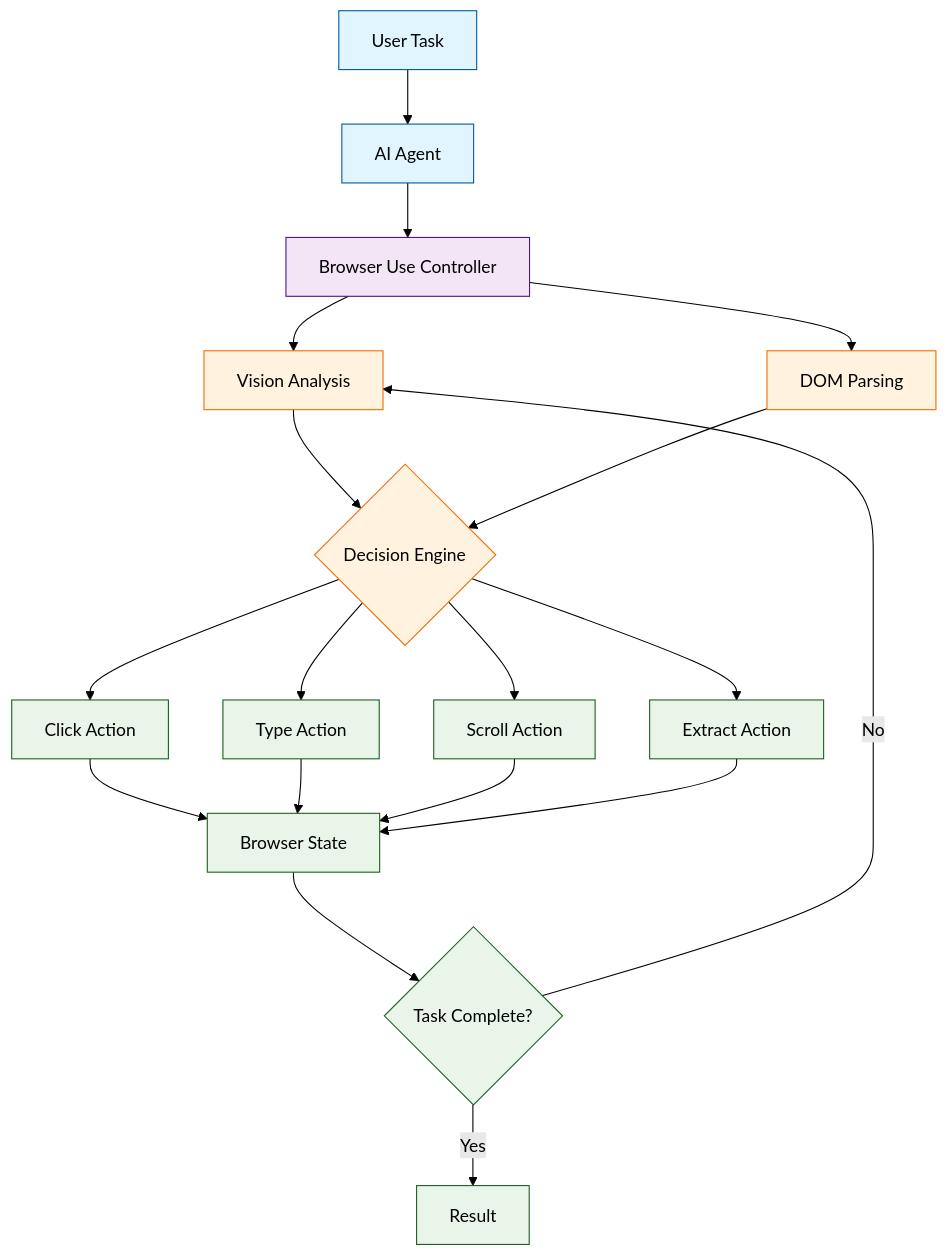
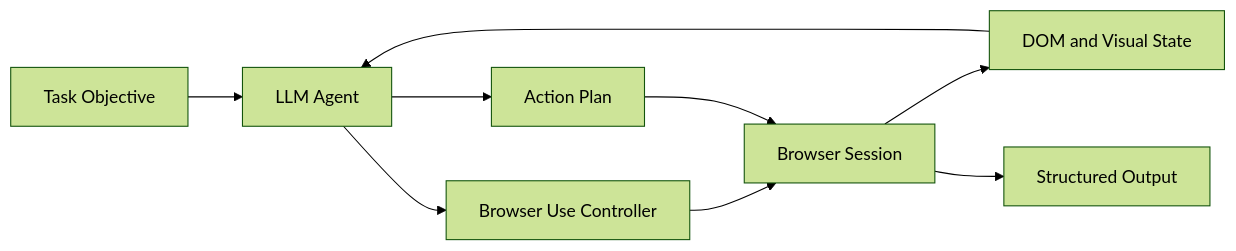
The diagram in tutorials/browser-use-tutorial/index.md (johnxie/awesome-code-docs), drawn with Mermaid (forest theme) before and after one commit. The commit also changed other lines of this file and 6 other files, not shown here.

````diff
--- a/tutorials/browser-use-tutorial/index.md
+++ b/tutorials/browser-use-tutorial/index.md
@@ -37,35 +38,11 @@
 ```mermaid
-flowchart TD
-    A[User Task] --> B[AI Agent]
+flowchart LR
+    A[Task Objective] --> B[LLM Agent]
     B --> C[Browser Use Controller]
-    
-    C --> D[Vision Analysis]
-    C --> E[DOM Parsing]
-    
-    D --> F{Decision Engine}
-    E --> F
-    
-    F --> G[Click Action]
-    F --> H[Type Action]
-    F --> I[Scroll Action]
-    F --> J[Extract Action]
-    
-    G --> K[Browser State]
-    H --> K
-    I --> K
-    J --> K
-    
-    K --> L{Task Complete?}
-    L -->|No| D
-    L -->|Yes| M[Result]
-    
-    classDef agent fill:#e1f5fe,stroke:#01579b
-    classDef controller fill:#f3e5f5,stroke:#4a148c
-    classDef analysis fill:#fff3e0,stroke:#ef6c00
-    classDef action fill:#e8f5e8,stroke:#1b5e20
-    
-    class A,B agent
-    class C controller
-    class D,E,F analysis
-    class G,H,I,J,K,L,M action
+    C --> D[Browser Session]
+    D --> E[DOM and Visual State]
+    E --> B
+    B --> F[Action Plan]
+    F --> D
+    D --> G[Structured Output]
 ```
````
